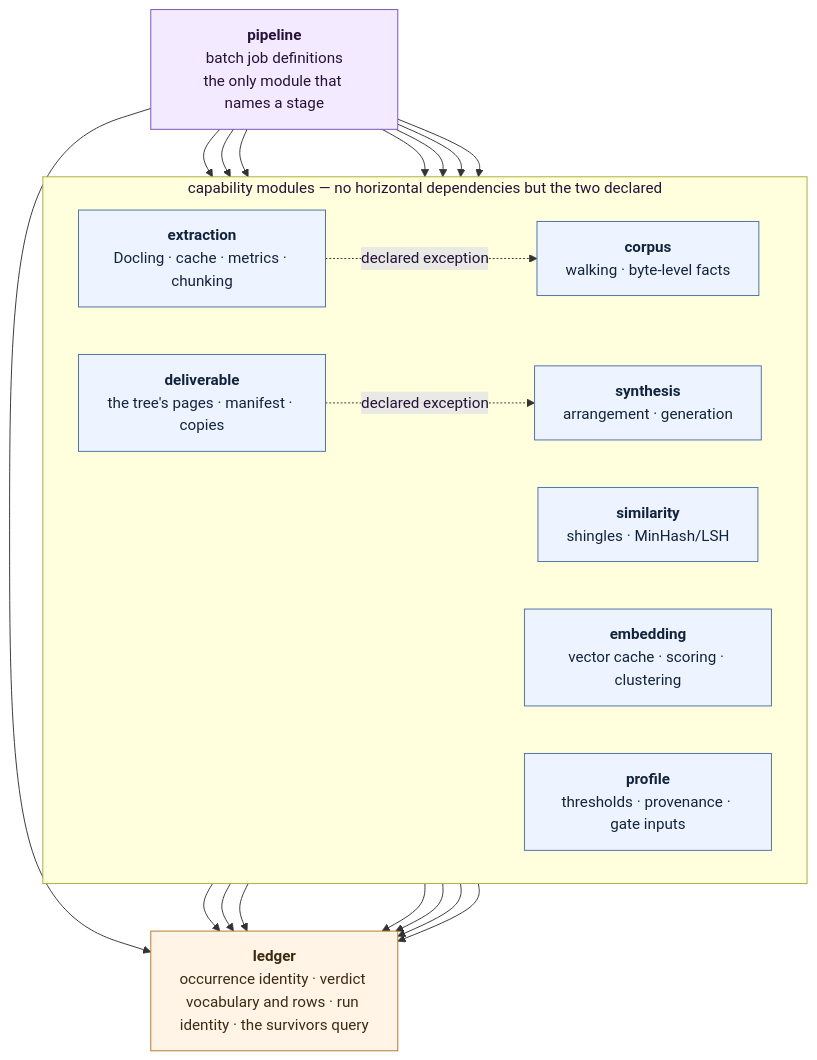
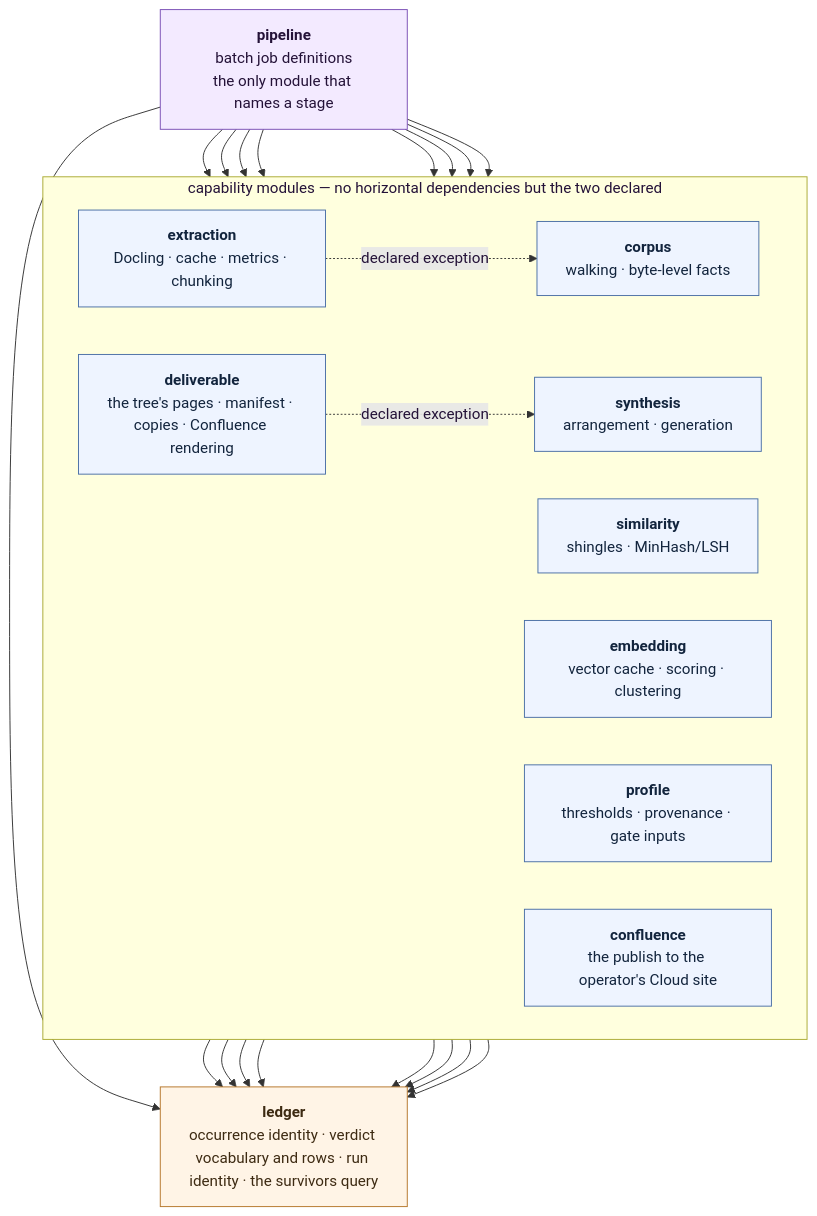
The fourth of 6 diagrams in docs/architecture.md (algernon28/vespera), drawn with Mermaid before and after one commit. The commit also changed other lines of this file and 5 other files, not shown here.

````diff
--- a/docs/architecture.md
+++ b/docs/architecture.md
@@ -189,43 +190,46 @@
 ```mermaid
 flowchart TD
     PIPELINE["<b>pipeline</b><br/>batch job definitions<br/>the only module that names a stage"]
 
     subgraph CAPABILITIES["capability modules — no horizontal dependencies but the two declared"]
         direction LR
         CORPUS["<b>corpus</b><br/>walking · byte-level facts"]
         EXTRACTION["<b>extraction</b><br/>Docling · cache · metrics · chunking"]
         SIMILARITY["<b>similarity</b><br/>shingles · MinHash/LSH"]
         EMBEDDING["<b>embedding</b><br/>vector cache · scoring · clustering"]
         SYNTHESIS["<b>synthesis</b><br/>arrangement · generation"]
         PROFILE["<b>profile</b><br/>thresholds · provenance · gate inputs"]
-        DELIVERABLE["<b>deliverable</b><br/>the tree's pages · manifest · copies"]
+        DELIVERABLE["<b>deliverable</b><br/>the tree's pages · manifest · copies · Confluence rendering"]
+        CONFLUENCE["<b>confluence</b><br/>the publish to the operator's Cloud site"]
     end
 
     LEDGER["<b>ledger</b><br/>occurrence identity · verdict vocabulary and rows · run identity · the survivors query"]
 
     PIPELINE --> CORPUS
     PIPELINE --> EXTRACTION
     PIPELINE --> SIMILARITY
     PIPELINE --> EMBEDDING
     PIPELINE --> SYNTHESIS
     PIPELINE --> PROFILE
     PIPELINE --> DELIVERABLE
+    PIPELINE --> CONFLUENCE
     PIPELINE --> LEDGER
 
     CORPUS --> LEDGER
     EXTRACTION --> LEDGER
     SIMILARITY --> LEDGER
     EMBEDDING --> LEDGER
     SYNTHESIS --> LEDGER
     PROFILE --> LEDGER
     DELIVERABLE --> LEDGER
+    CONFLUENCE --> LEDGER
     DELIVERABLE -. declared exception .-> SYNTHESIS
     EXTRACTION -. declared exception .-> CORPUS
 
     classDef root fill:#f3eaff,stroke:#7a4fb5,color:#241238
     classDef cap fill:#eef4ff,stroke:#4a6fa5,color:#12243d
     classDef core fill:#fff4e6,stroke:#b5762a,color:#3d2a12
     class PIPELINE root
-    class CORPUS,EXTRACTION,SIMILARITY,EMBEDDING,SYNTHESIS,PROFILE,DELIVERABLE cap
+    class CORPUS,EXTRACTION,SIMILARITY,EMBEDDING,SYNTHESIS,PROFILE,DELIVERABLE,CONFLUENCE cap
     class LEDGER core
 ```
````
